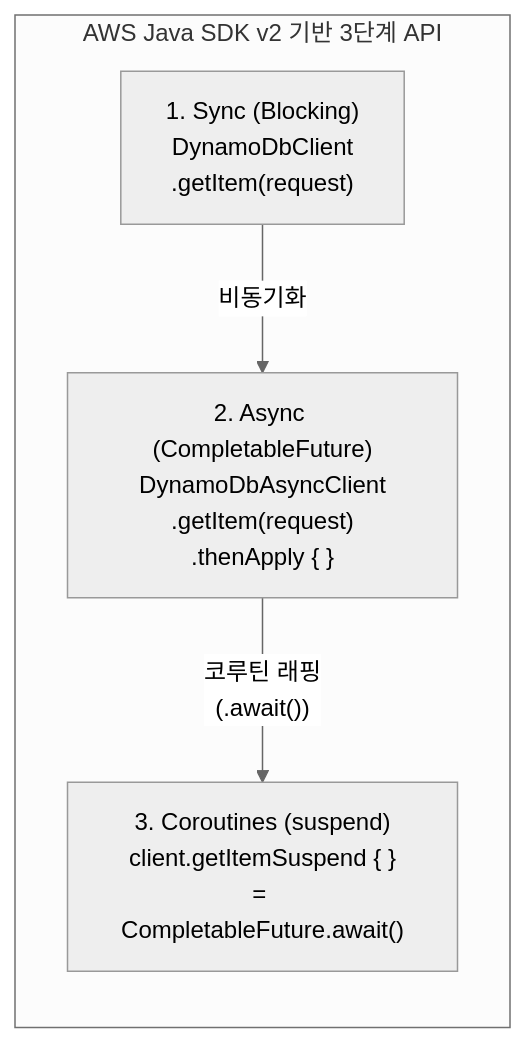
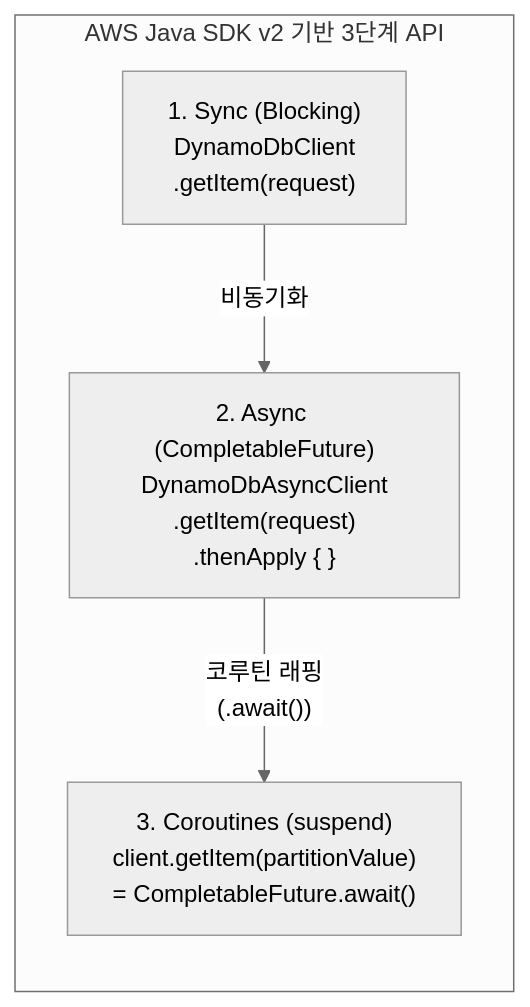
One commit to bluetape4k/bluetape4k-aws changed the first of 3 diagrams in aws/README.ko.md. Above: the diagram before and after it, drawn with Mermaid (neutral theme). The commit also changed other lines of this file and 7 other files, not shown here.

````diff
--- a/aws/README.ko.md
+++ b/aws/README.ko.md
@@ -11,12 +11,12 @@
 ```mermaid
 flowchart LR
     subgraph "AWS Java SDK v2 기반 3단계 API"
         direction TB
         SYNC["1. Sync (Blocking)\nDynamoDbClient\n.getItem(request)"]
         ASYNC["2. Async (CompletableFuture)\nDynamoDbAsyncClient\n.getItem(request)\n.thenApply { }"]
-        CORO["3. Coroutines (suspend)\nclient.getItemSuspend { }\n= CompletableFuture.await()"]
+        CORO["3. Coroutines (suspend)\nclient.getItem(partitionValue)\n= CompletableFuture.await()"]
     end
 
     SYNC -->|"비동기화"| ASYNC
     ASYNC -->|"코루틴 래핑\n(.await())"| CORO
 ```
````
